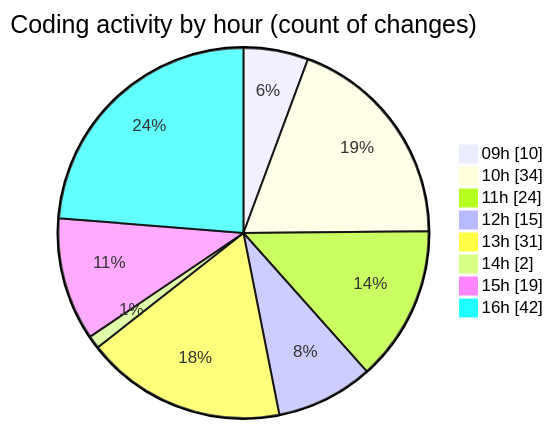
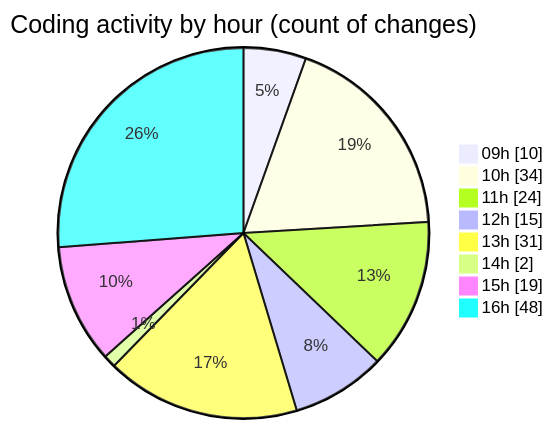
One commit to momahboobian/code-tracking changed the second of 2 diagrams in 2025-09-02/cda/README.md. Above: the diagram before and after it, drawn with Mermaid. The commit also changed other lines of this file and 1 other file, not shown here.

````diff
--- a/2025-09-02/cda/README.md
+++ b/2025-09-02/cda/README.md
@@ -45,12 +45,12 @@
 ```mermaid
 pie showData
 title Coding activity by hour (count of changes)
 "09h" : 10
 "10h" : 34
 "11h" : 24
 "12h" : 15
 "13h" : 31
 "14h" : 2
 "15h" : 19
-"16h" : 42
+"16h" : 48
 ```
````
